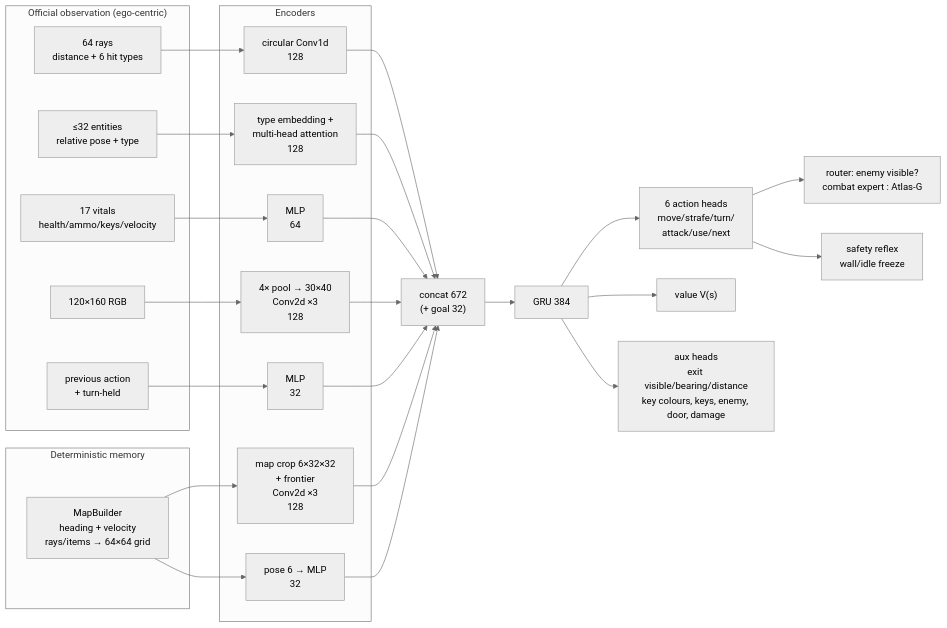
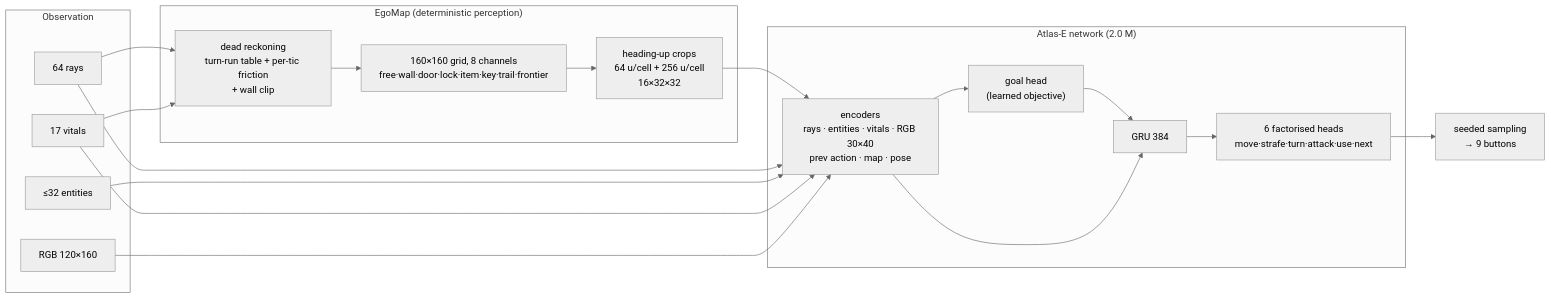
One commit to Science-wizard/DoomForge changed the first of 2 diagrams in README.md. Above: the diagram before and after it, drawn with Mermaid (neutral theme). The commit also changed other lines of this file and 44 other files, not shown here.

````diff
--- a/README.md
+++ b/README.md
@@ -80,45 +60,28 @@
 ```mermaid
 flowchart LR
-    subgraph OBS["Official observation (ego-centric)"]
-        R["64 rays<br/>distance + 6 hit types"]
-        E["≤32 entities<br/>relative pose + type"]
-        V["17 vitals<br/>health/ammo/keys/velocity"]
-        G["120×160 RGB"]
-        P["previous action<br/>+ turn-held"]
+    subgraph OBS["Observation"]
+        R["64 rays"]
+        E["≤32 entities"]
+        V["17 vitals"]
+        G["RGB 120×160"]
     end
-
-    subgraph ENC["Encoders"]
-        RC["circular Conv1d<br/>128"]
-        EC["type embedding +<br/>multi-head attention<br/>128"]
-        VC["MLP<br/>64"]
-        GC["4× pool → 30×40<br/>Conv2d ×3<br/>128"]
-        PC["MLP<br/>32"]
-        MC["map crop 6×32×32<br/>+ frontier<br/>Conv2d ×3<br/>128"]
-        OC["pose 6 → MLP<br/>32"]
+    subgraph MEM["EgoMap (deterministic perception)"]
+        O["dead reckoning<br/>turn-run table + per-tic friction<br/>+ wall clip"]
+        M["160×160 grid, 8 channels<br/>free·wall·door·lock·item·key·trail·frontier"]
+        C["heading-up crops<br/>64 u/cell + 256 u/cell<br/>16×32×32"]
     end
-
-    subgraph MEM["Deterministic memory"]
-        MB["MapBuilder<br/>heading + velocity<br/>rays/items → 64×64 grid"]
+    subgraph NET["Atlas-E network (2.0 M)"]
+        ENC["encoders<br/>rays · entities · vitals · RGB 30×40<br/>prev action · map · pose"]
+        GH["goal head<br/>(learned objective)"]
+        GRU["GRU 384"]
+        H["6 factorised heads<br/>move·strafe·turn·attack·use·next"]
     end
-
-    R --> RC
-    E --> EC
-    V --> VC
-    G --> GC
-    P --> PC
-    MB --> MC
-    MB --> OC
-    RC --> F["concat 672<br/>(+ goal 32)"]
-    EC --> F
-    VC --> F
-    GC --> F
-    PC --> F
-    MC --> F
-    OC --> F
-    F --> GRU["GRU 384"]
-    GRU --> A["6 action heads<br/>move/strafe/turn/<br/>attack/use/next"]
-    A --> RT["router: enemy visible?<br/>combat expert : Atlas-G"]
-    A --> RF["safety reflex<br/>wall/idle freeze"]
-    GRU --> CR["value V(s)"]
-    GRU --> AU["aux heads<br/>exit visible/bearing/distance<br/>key colours, keys, enemy, door, damage"]
+    R --> O --> M --> C --> ENC
+    R --> ENC
+    E --> ENC
+    V --> O
+    V --> ENC
+    G --> ENC
+    ENC --> GH --> GRU
+    ENC --> GRU --> H --> S["seeded sampling<br/>→ 9 buttons"]
 ```
````
